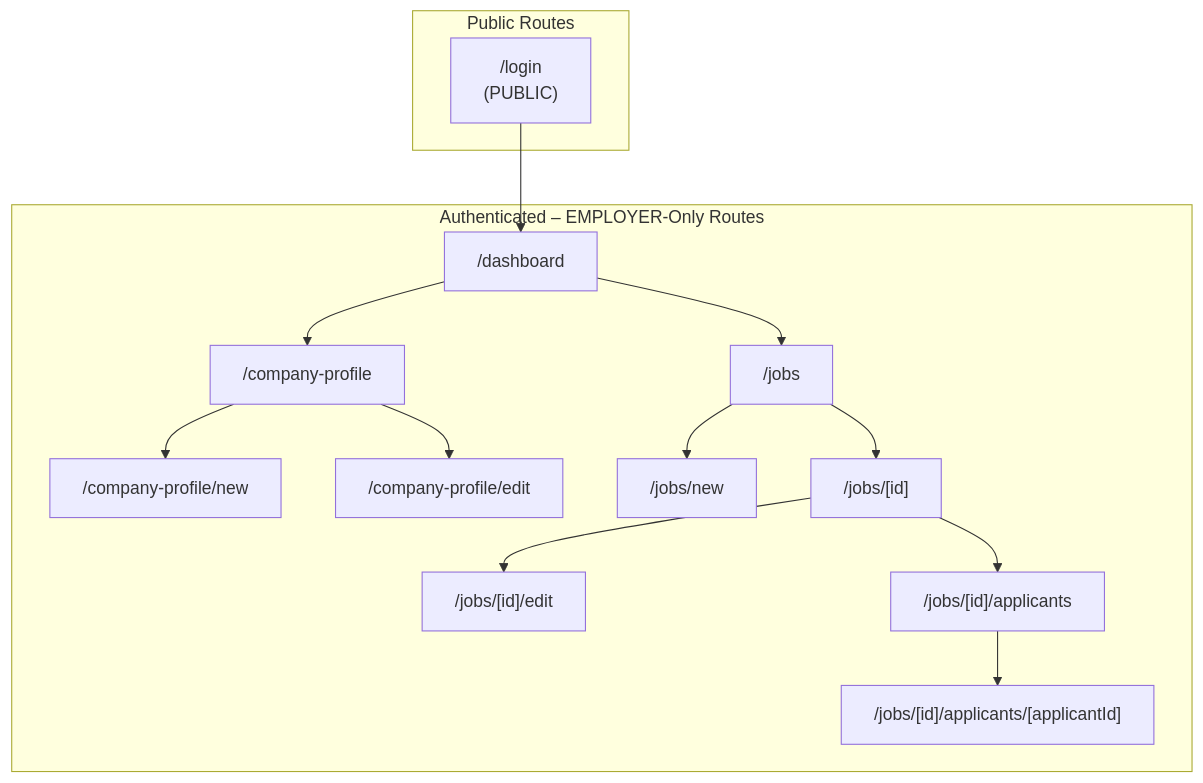
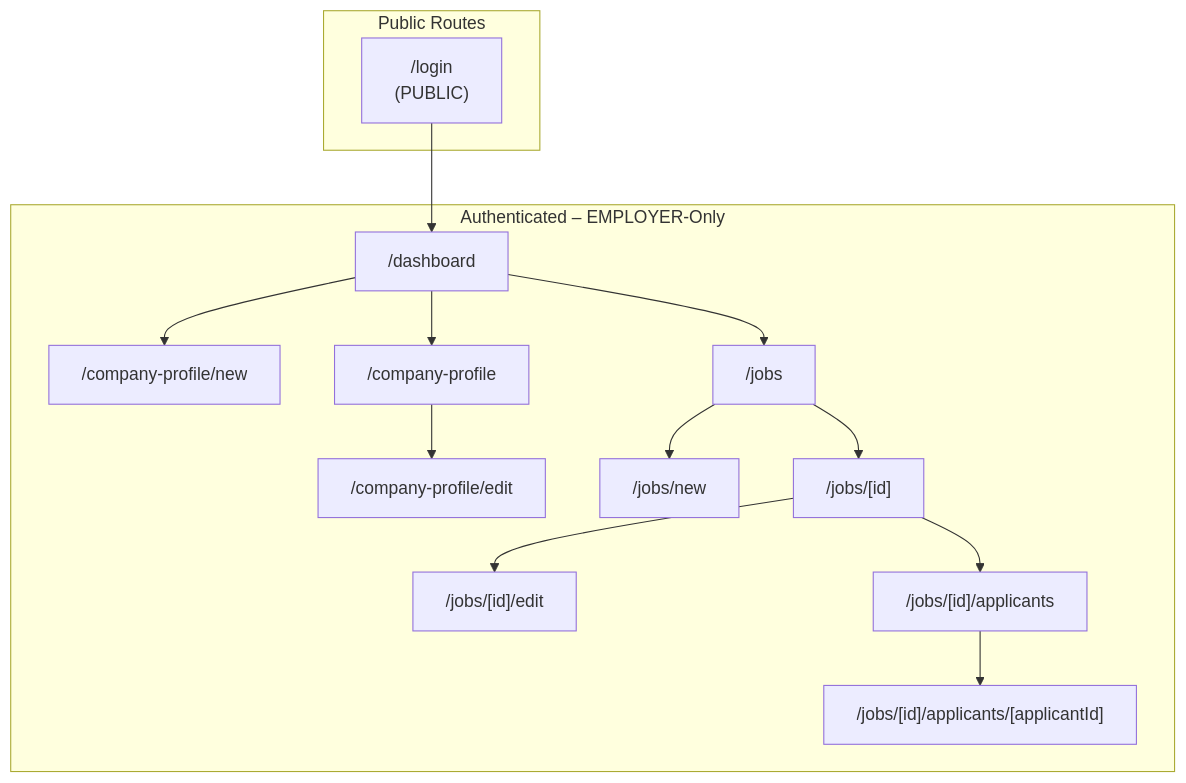
One commit to opathways/web-app changed the diagram in docs/session-2/ia-map.md. Above: the diagram before and after it, drawn with Mermaid. The commit also changed other lines of this file and 1 other file, not shown here.

````diff
--- a/docs/session-2/ia-map.md
+++ b/docs/session-2/ia-map.md
@@ -8,31 +5,31 @@
 ```mermaid
 flowchart TB
   subgraph Public [Public Routes]
     login["/login\n(PUBLIC)"]
   end
 
-  subgraph Protected [Authenticated – EMPLOYER-Only Routes]
+  subgraph Protected [Authenticated – EMPLOYER-Only]
     dashboard["/dashboard"]
-    companyProfile["/company-profile"]
     companyNew["/company-profile/new"]
+    companyView["/company-profile"]
     companyEdit["/company-profile/edit"]
-    jobsSection["/jobs"]
-    newJob["/jobs/new"]
+    jobs["/jobs"]
+    jobNew["/jobs/new"]
     jobDetail["/jobs/[id]"]
-    editJob["/jobs/[id]/edit"]
-    applicantsList["/jobs/[id]/applicants"]
-    applicantProfile["/jobs/[id]/applicants/[applicantId]"]
+    jobEdit["/jobs/[id]/edit"]
+    applicants["/jobs/[id]/applicants"]
+    applicantDetail["/jobs/[id]/applicants/[applicantId]"]
 
-    dashboard --> companyProfile
-    dashboard --> jobsSection
-    companyProfile --> companyNew
-    companyProfile --> companyEdit
-    jobsSection --> newJob
-    jobsSection --> jobDetail
-    jobDetail --> editJob
-    jobDetail --> applicantsList
-    applicantsList --> applicantProfile
+    dashboard --> companyView
+    dashboard --> jobs
+    companyView --> companyEdit
+    dashboard --> companyNew
+    jobs --> jobNew
+    jobs --> jobDetail
+    jobDetail --> jobEdit
+    jobDetail --> applicants
+    applicants --> applicantDetail
   end
 
   login --> dashboard
 ```
````
